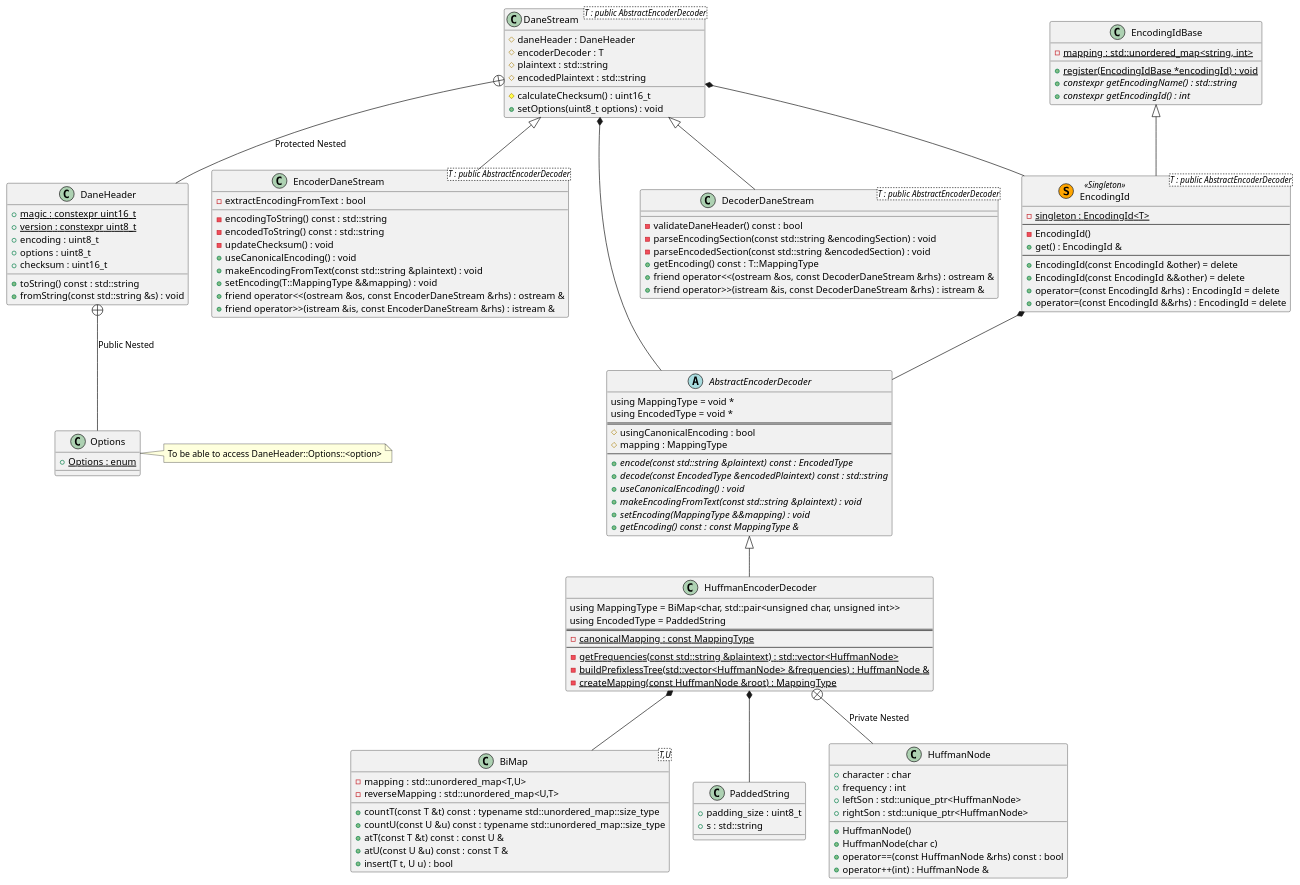
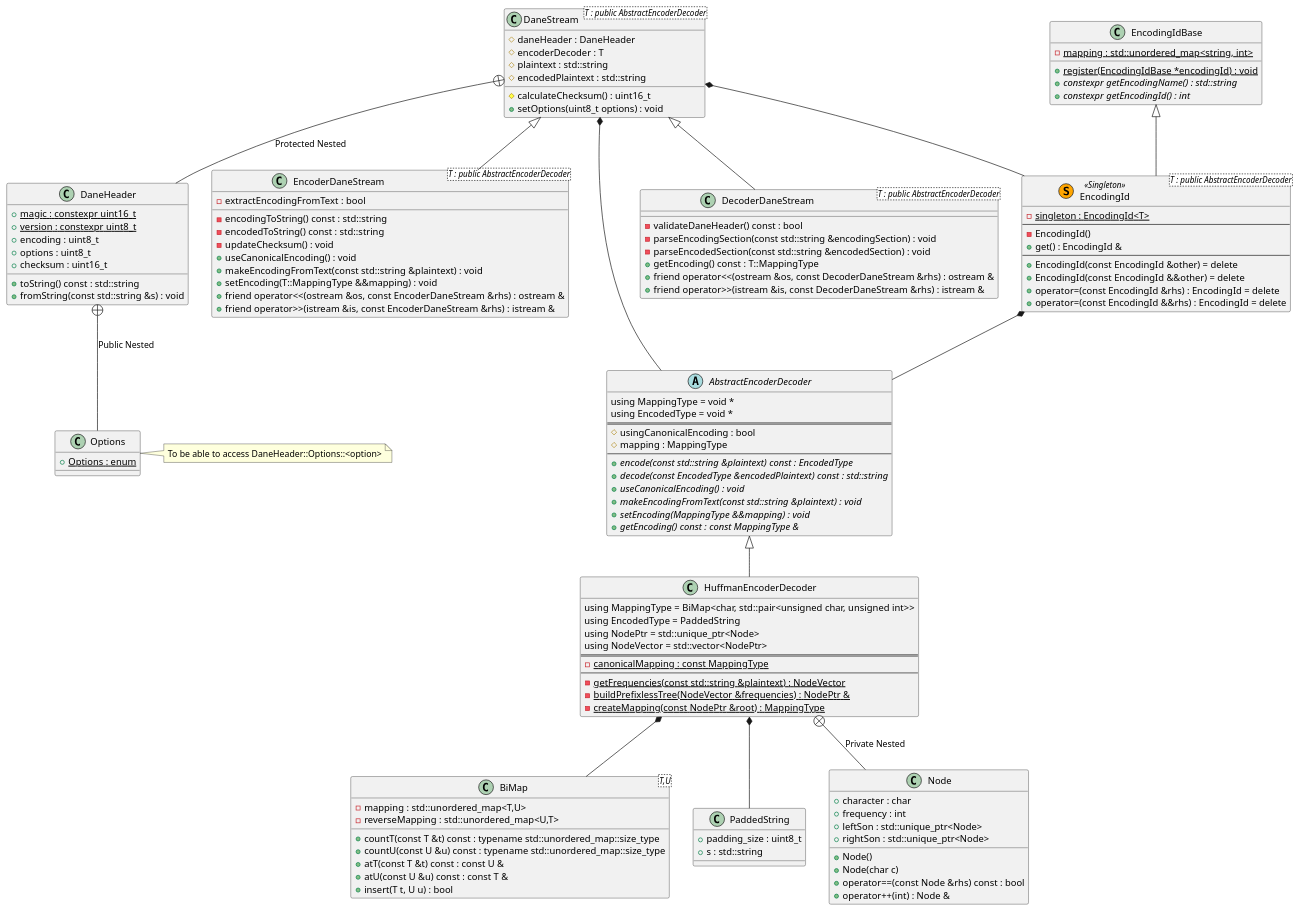
The diagram in docs/design.puml (dan1994/cpp--dane), drawn with PlantUML before and after one commit. The commit also changed 3 other files, not shown here.

Commit message:
Decided to use a vector of unique ptrs with heap allocations for the frequencies becuase of lifetime issues. To keep code readable and simple, refactored HuffmanNode to Node and added NodePtr and NodeVector aliasses

```diff
--- a/docs/design.puml
+++ b/docs/design.puml
@@ -1,130 +1,132 @@
 @startuml dane
 class BiMap<T,U> {
 	- {field}	mapping : std::unordered_map<T,U>
 	- {field}	reverseMapping : std::unordered_map<U,T>
 	+ {method}	countT(const T &t) const : typename std::unordered_map::size_type
 	+ {method}	countU(const U &u) const : typename std::unordered_map::size_type
 	+ {method}	atT(const T &t) const : const U &
 	+ {method}	atU(const U &u) const : const T &
 	+ {method}	insert(T t, U u) : bool
 }
 
 class PaddedString {
 	+ {field}	padding_size : uint8_t
 	+ {field}	s : std::string
 }
 
 abstract class AbstractEncoderDecoder {
 	using MappingType = void *
 	using EncodedType = void *
 	==
 	# {field}	usingCanonicalEncoding : bool
 	# {field}	mapping : MappingType
 	--
 	+ {method}	{abstract} encode(const std::string &plaintext) const : EncodedType
 	+ {method}	{abstract} decode(const EncodedType &encodedPlaintext) const : std::string
 	+ {method}	{abstract} useCanonicalEncoding() : void
 	+ {method}	{abstract} makeEncodingFromText(const std::string &plaintext) : void
 	+ {method}	{abstract} setEncoding(MappingType &&mapping) : void
 	+ {method}	{abstract} getEncoding() const : const MappingType &
 }
 
 AbstractEncoderDecoder <|-- HuffmanEncoderDecoder
 HuffmanEncoderDecoder *-- BiMap
 HuffmanEncoderDecoder *-- PaddedString
-HuffmanEncoderDecoder +-- HuffmanNode : "Private Nested"
+HuffmanEncoderDecoder +-- Node : "Private Nested"
 class HuffmanEncoderDecoder {
 	using MappingType = BiMap<char, std::pair<unsigned char, unsigned int>>
 	using EncodedType = PaddedString
+	using NodePtr = std::unique_ptr<Node>
+	using NodeVector = std::vector<NodePtr>
 	==
 	- {field}	{static} canonicalMapping : const MappingType
 	--
-	- {method}	{static} getFrequencies(const std::string &plaintext) : std::vector<HuffmanNode>
-	- {method}	{static} buildPrefixlessTree(std::vector<HuffmanNode> &frequencies) : HuffmanNode &
-	- {method}	{static} createMapping(const HuffmanNode &root) : MappingType
+	- {method}	{static} getFrequencies(const std::string &plaintext) : NodeVector
+	- {method}	{static} buildPrefixlessTree(NodeVector &frequencies) : NodePtr &
+	- {method}	{static} createMapping(const NodePtr &root) : MappingType
 }
 
-class HuffmanNode {
+class Node {
 	+ {field}	character : char
 	+ {field}	frequency : int
-	+ {field}	leftSon : std::unique_ptr<HuffmanNode>
-	+ {field}	rightSon : std::unique_ptr<HuffmanNode>
-	+ {method}	HuffmanNode()
-	+ {method}	HuffmanNode(char c)
-	+ {method}	operator==(const HuffmanNode &rhs) const : bool
-	+ {method}	operator++(int) : HuffmanNode &
+	+ {field}	leftSon : std::unique_ptr<Node>
+	+ {field}	rightSon : std::unique_ptr<Node>
+	+ {method}	Node()
+	+ {method}	Node(char c)
+	+ {method}	operator==(const Node &rhs) const : bool
+	+ {method}	operator++(int) : Node &
 }
 
 DaneStream +-- DaneHeader : Protected Nested
 class DaneHeader {
 	+ {field}	{static} magic : constexpr uint16_t
 	+ {field}	{static} version : constexpr uint8_t
 	+ {field}	encoding : uint8_t
 	+ {field}	options : uint8_t
 	+ {field}	checksum : uint16_t
 	+ {method}	toString() const : std::string
 	+ {method}	fromString(const std::string &s) : void
 }
 
 DaneHeader +-- Options : Public Nested
 note right of Options : To be able to access DaneHeader::Options::<option>
 class Options {
 	+ {field}	{static} Options : enum
 }
 
 DaneStream *-- AbstractEncoderDecoder
 DaneStream *-- EncodingId
 class DaneStream<T : public AbstractEncoderDecoder> {
 	# {field}	daneHeader : DaneHeader
 	# {field}	encoderDecoder : T
 	# {field}	plaintext : std::string
 	# {field}	encodedPlaintext : std::string
 	# {method}	calculateChecksum() : uint16_t
 	+ {method}	setOptions(uint8_t options) : void
 }
 
 DaneStream <|-- EncoderDaneStream
 class EncoderDaneStream<T : public AbstractEncoderDecoder> {
 	- {field}	extractEncodingFromText : bool
 	- {method}	encodingToString() const : std::string
 	- {method}	encodedToString() const : std::string
 	- {method}	updateChecksum() : void
 	+ {method}	useCanonicalEncoding() : void
 	+ {method}	makeEncodingFromText(const std::string &plaintext) : void
 	+ {method}	setEncoding(T::MappingType &&mapping) : void
 	+ {method}	friend operator<<(ostream &os, const EncoderDaneStream &rhs) : ostream &
 	+ {method}	friend operator>>(istream &is, const EncoderDaneStream &rhs) : istream &
 }
 
 DaneStream <|-- DecoderDaneStream
 class DecoderDaneStream<T : public AbstractEncoderDecoder> {
 	- {method}	validateDaneHeader() const : bool
 	- {method}	parseEncodingSection(const std::string &encodingSection) : void
 	- {method}	parseEncodedSection(const std::string &encodedSection) : void
 	+ {method}	getEncoding() const : T::MappingType
 	+ {method}	friend operator<<(ostream &os, const DecoderDaneStream &rhs) : ostream &
 	+ {method}	friend operator>>(istream &is, const DecoderDaneStream &rhs) : istream &
 }
 
 class EncodingIdBase {
 	- {field}	{static} mapping : std::unordered_map<string, int>
 	+ {method}	{static} register(EncodingIdBase *encodingId) : void
 	+ {method}	{abstract} constexpr getEncodingName() : std::string
 	+ {method}	{abstract} constexpr getEncodingId() : int
 }
 
 EncodingIdBase <|-- EncodingId
 EncodingId *-- AbstractEncoderDecoder
 class EncodingId<T : public AbstractEncoderDecoder> << (S,Orange) Singleton >> {
 	- {field}	{static} singleton : EncodingId<T>
 	--
 	- {method}	EncodingId()
 	+ {method}	get() : EncodingId &
 	--
 	+ {method}	EncodingId(const EncodingId &other) = delete
 	+ {method}	EncodingId(const EncodingId &&other) = delete
 	+ {method}	operator=(const EncodingId &rhs) : EncodingId = delete
 	+ {method}	operator=(const EncodingId &&rhs) : EncodingId = delete
 }
 
 @enduml
```
